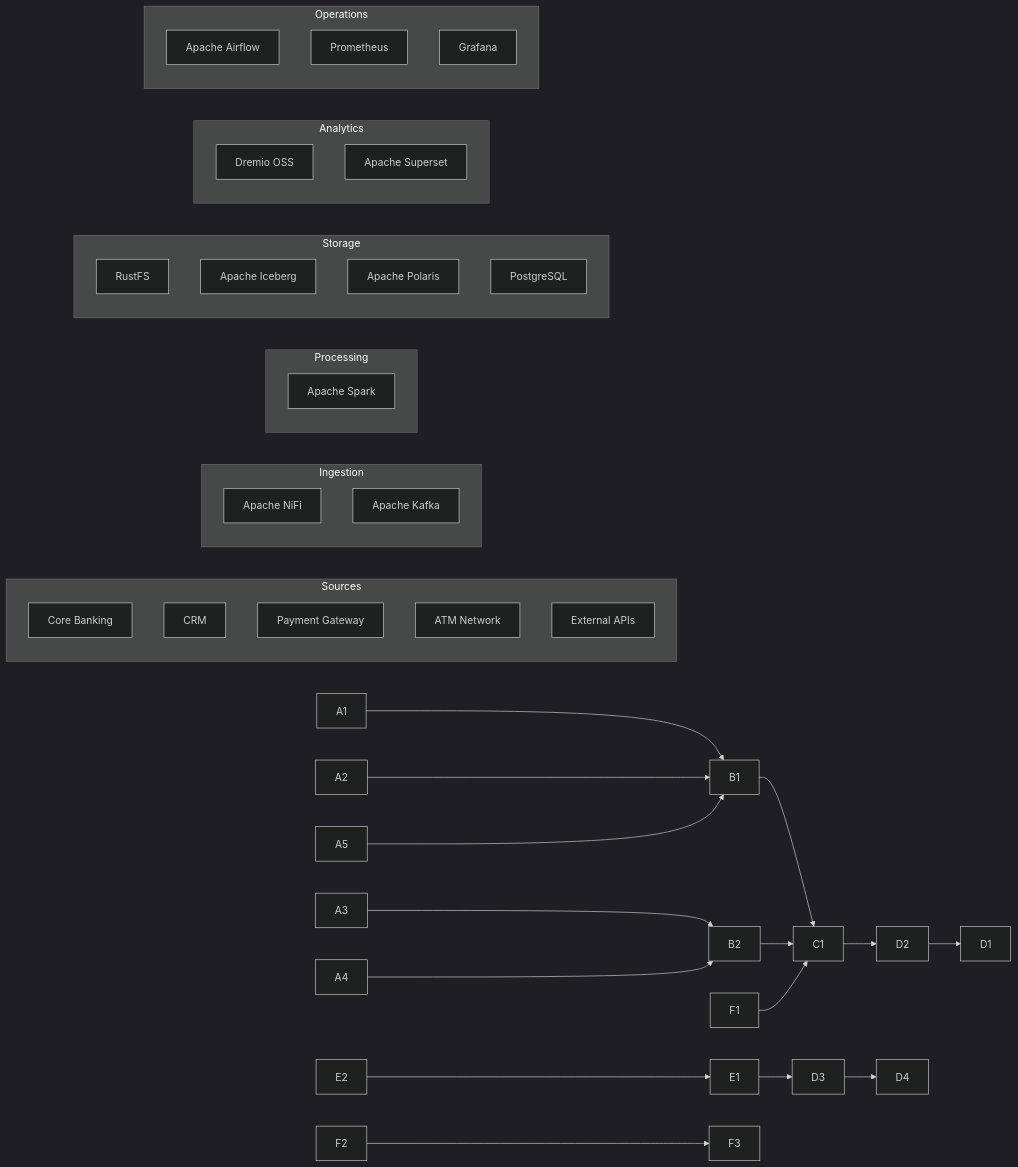
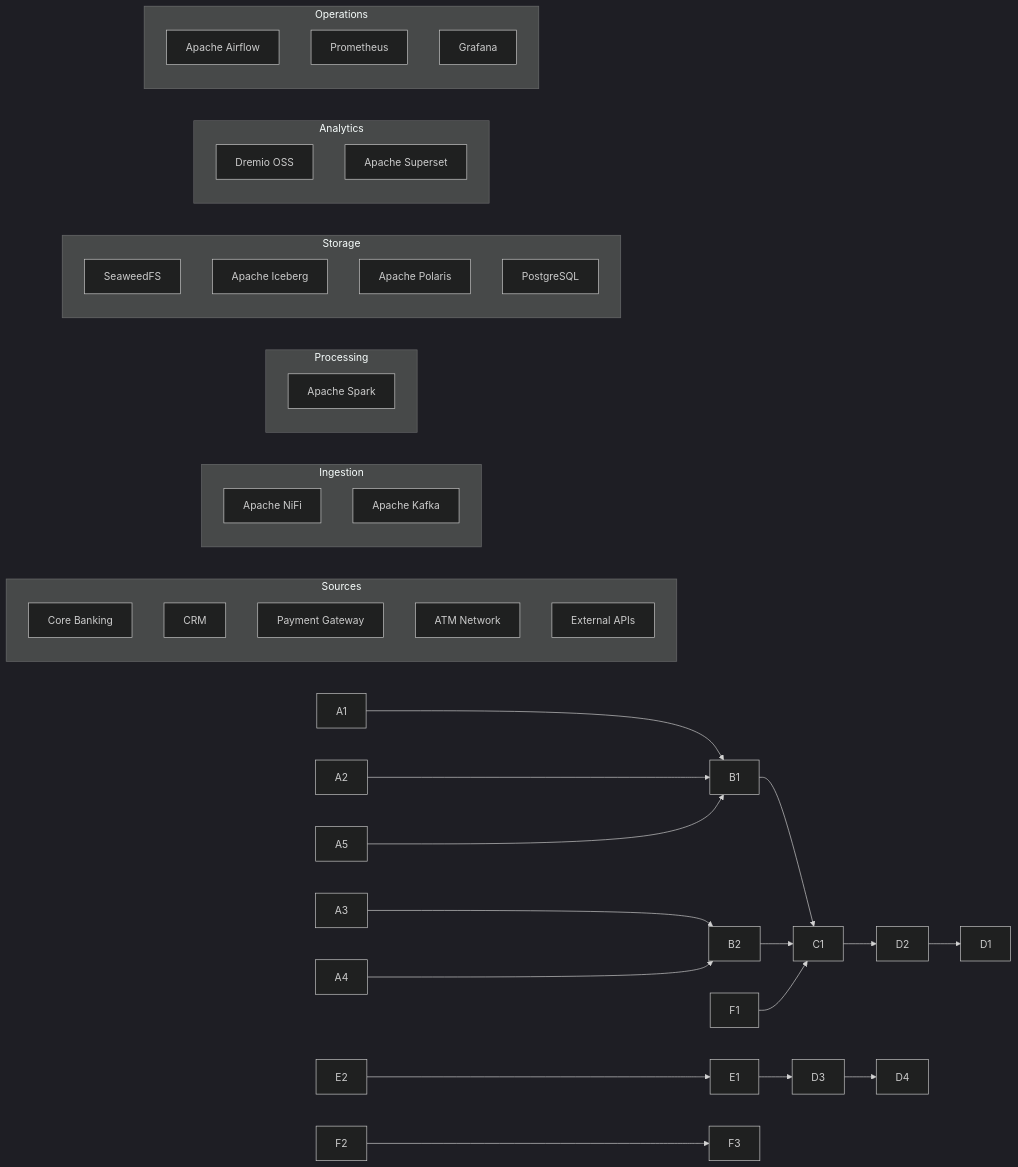
The diagram in docs/design/Banking-Lakehouse-SDD.md (jayasriakula4-afk/Banking-Lakehouse), drawn with Mermaid (dark theme) before and after one commit. The commit also changed other lines of this file and 12 other files, not shown here.

```diff
--- a/docs/design/Banking-Lakehouse-SDD.md
+++ b/docs/design/Banking-Lakehouse-SDD.md
@@ -794,7 +794,7 @@
 
 subgraph Storage
 
-D1\[RustFS]
+D1\[SeaweedFS]
 
 D2\[Apache Iceberg]
 
```
